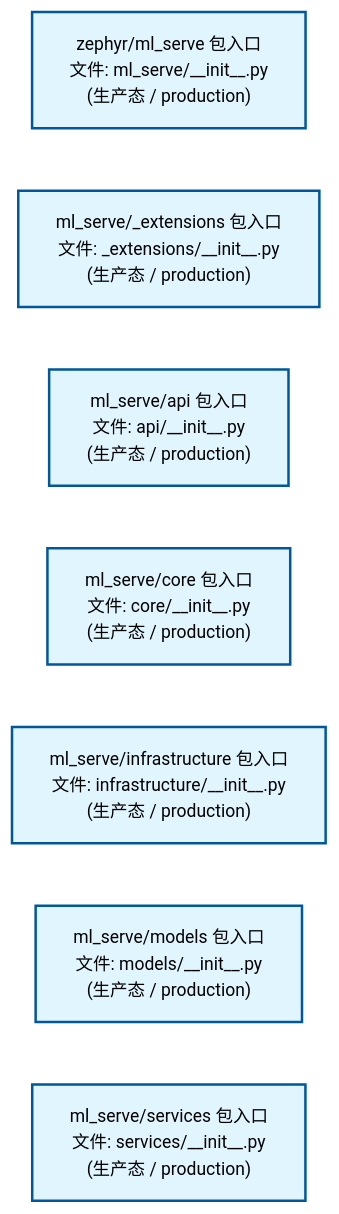
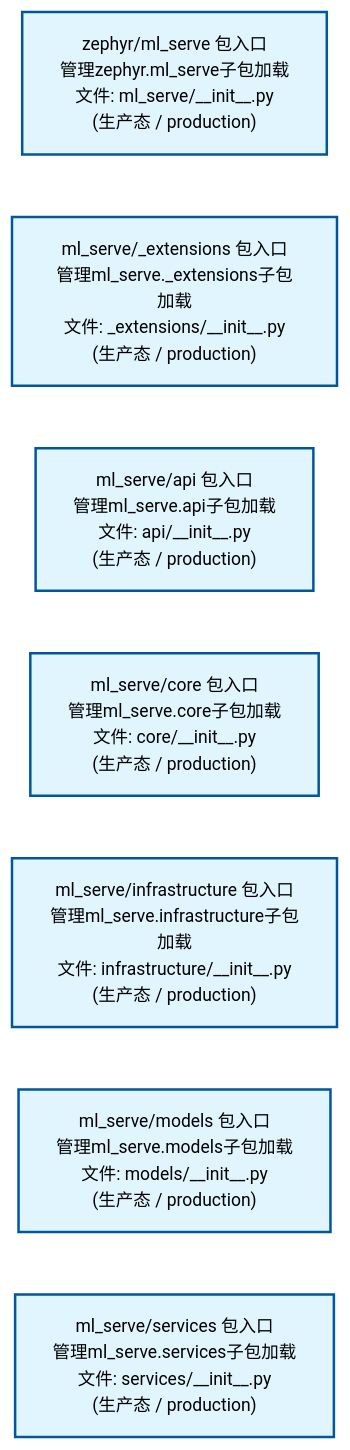
Before and after one commit to xuanFelixVan/ZephyrAlpha: the first of 2 diagrams in docs/02_enterprise_architecture/02_domain_architecture_docs/60_d_ml_serve.md, drawn with Mermaid. The commit also changed other lines of this file and 61 other files, not shown here.

````diff
--- a/docs/02_enterprise_architecture/02_domain_architecture_docs/60_d_ml_serve.md
+++ b/docs/02_enterprise_architecture/02_domain_architecture_docs/60_d_ml_serve.md
@@ -53,22 +53,22 @@
 ```mermaid
 %%{init: {'theme': 'base', 'themeVariables': {'primaryColor': '#eaeaea', 'primaryTextColor': '#333333', 'primaryBorderColor': '#666666', 'lineColor': '#666666', 'secondaryColor': '#eaeaea', 'tertiaryColor': '#eaeaea', 'fontSize': '14px'}}}%%
 flowchart TD
-    src_zephyr_ml_serve_init_py["zephyr/ml_serve 包入口<br/>文件: ml_serve/__init__.py<br/>(生产态 / production)"]
-    src_zephyr_ml_serve_extensions_init_py["ml_serve/_extensions 包入口<br/>文件: _extensions/__init__.py<br/>(生产态 / production)"]
-    src_zephyr_ml_serve_api_init_py["ml_serve/api 包入口<br/>文件: api/__init__.py<br/>(生产态 / production)"]
-    src_zephyr_ml_serve_core_init_py["ml_serve/core 包入口<br/>文件: core/__init__.py<br/>(生产态 / production)"]
-    src_zephyr_ml_serve_infrastructure_init_py["ml_serve/infrastructure 包入口<br/>文件: infrastructure/__init__.py<br/>(生产态 / production)"]
-    src_zephyr_ml_serve_models_init_py["ml_serve/models 包入口<br/>文件: models/__init__.py<br/>(生产态 / production)"]
-    src_zephyr_ml_serve_services_init_py["ml_serve/services 包入口<br/>文件: services/__init__.py<br/>(生产态 / production)"]
+    src_zephyr_ml_serve_init_py["zephyr/ml_serve 包入口<br/>管理zephyr.ml_serve子包加载<br/>文件: ml_serve/__init__.py<br/>(生产态 / production)"]
+    src_zephyr_ml_serve_extensions_init_py["ml_serve/_extensions 包入口<br/>管理ml_serve._extensions子包加载<br/>文件: _extensions/__init__.py<br/>(生产态 / production)"]
+    src_zephyr_ml_serve_api_init_py["ml_serve/api 包入口<br/>管理ml_serve.api子包加载<br/>文件: api/__init__.py<br/>(生产态 / production)"]
+    src_zephyr_ml_serve_core_init_py["ml_serve/core 包入口<br/>管理ml_serve.core子包加载<br/>文件: core/__init__.py<br/>(生产态 / production)"]
+    src_zephyr_ml_serve_infrastructure_init_py["ml_serve/infrastructure 包入口<br/>管理ml_serve.infrastructure子包加载<br/>文件: infrastructure/__init__.py<br/>(生产态 / production)"]
+    src_zephyr_ml_serve_models_init_py["ml_serve/models 包入口<br/>管理ml_serve.models子包加载<br/>文件: models/__init__.py<br/>(生产态 / production)"]
+    src_zephyr_ml_serve_services_init_py["ml_serve/services 包入口<br/>管理ml_serve.services子包加载<br/>文件: services/__init__.py<br/>(生产态 / production)"]
     src_zephyr_ml_serve_init_py ~~~ src_zephyr_ml_serve_extensions_init_py
     src_zephyr_ml_serve_extensions_init_py ~~~ src_zephyr_ml_serve_api_init_py
     src_zephyr_ml_serve_api_init_py ~~~ src_zephyr_ml_serve_core_init_py
     src_zephyr_ml_serve_core_init_py ~~~ src_zephyr_ml_serve_infrastructure_init_py
     src_zephyr_ml_serve_infrastructure_init_py ~~~ src_zephyr_ml_serve_models_init_py
     src_zephyr_ml_serve_models_init_py ~~~ src_zephyr_ml_serve_services_init_py
     classDef production fill:#e1f5fe,stroke:#01579b,stroke-width:2px,color:#000
     classDef design fill:#fff3e0,stroke:#e65100,stroke-width:2px,color:#000,stroke-dasharray: 5 5
     classDef external_prod fill:#e8f4fd,stroke:#0277bd,stroke-width:1px,color:#000
     classDef external_design fill:#fff8e7,stroke:#ef6c00,stroke-width:1px,color:#000,stroke-dasharray: 5 5
     class src_zephyr_ml_serve_init_py,src_zephyr_ml_serve_extensions_init_py,src_zephyr_ml_serve_api_init_py,src_zephyr_ml_serve_core_init_py,src_zephyr_ml_serve_infrastructure_init_py,src_zephyr_ml_serve_models_init_py,src_zephyr_ml_serve_services_init_py production
 ```
````
